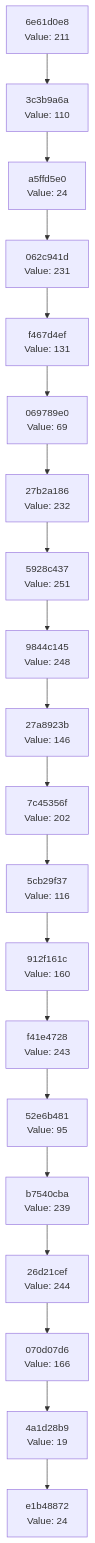
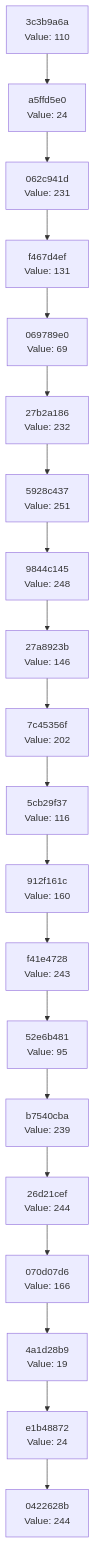
The diagram in docs/CHAIN_VISUALIZATION.md (Abhisheksinha1506/hash-chain-evolver), drawn with Mermaid before and after one commit. The commit also changed 2 other files, not shown here.

Commit message:
Evolution step: hash 0xF4 → action executed

````diff
--- a/docs/CHAIN_VISUALIZATION.md
+++ b/docs/CHAIN_VISUALIZATION.md
@@ -3,42 +3,42 @@
 ```mermaid
 graph TD
-    C0["e1b48872<br/>Value: 24"]
-    C1["4a1d28b9<br/>Value: 19"]
+    C0["0422628b<br/>Value: 244"]
+    C1["e1b48872<br/>Value: 24"]
     C1 --> C0
-    C2["070d07d6<br/>Value: 166"]
+    C2["4a1d28b9<br/>Value: 19"]
     C2 --> C1
-    C3["26d21cef<br/>Value: 244"]
+    C3["070d07d6<br/>Value: 166"]
     C3 --> C2
-    C4["b7540cba<br/>Value: 239"]
+    C4["26d21cef<br/>Value: 244"]
     C4 --> C3
-    C5["52e6b481<br/>Value: 95"]
+    C5["b7540cba<br/>Value: 239"]
     C5 --> C4
-    C6["f41e4728<br/>Value: 243"]
+    C6["52e6b481<br/>Value: 95"]
     C6 --> C5
-    C7["912f161c<br/>Value: 160"]
+    C7["f41e4728<br/>Value: 243"]
     C7 --> C6
-    C8["5cb29f37<br/>Value: 116"]
+    C8["912f161c<br/>Value: 160"]
     C8 --> C7
-    C9["7c45356f<br/>Value: 202"]
+    C9["5cb29f37<br/>Value: 116"]
     C9 --> C8
-    C10["27a8923b<br/>Value: 146"]
+    C10["7c45356f<br/>Value: 202"]
     C10 --> C9
-    C11["9844c145<br/>Value: 248"]
+    C11["27a8923b<br/>Value: 146"]
     C11 --> C10
-    C12["5928c437<br/>Value: 251"]
+    C12["9844c145<br/>Value: 248"]
     C12 --> C11
-    C13["27b2a186<br/>Value: 232"]
+    C13["5928c437<br/>Value: 251"]
     C13 --> C12
-    C14["069789e0<br/>Value: 69"]
+    C14["27b2a186<br/>Value: 232"]
     C14 --> C13
-    C15["f467d4ef<br/>Value: 131"]
+    C15["069789e0<br/>Value: 69"]
     C15 --> C14
-    C16["062c941d<br/>Value: 231"]
+    C16["f467d4ef<br/>Value: 131"]
     C16 --> C15
-    C17["a5ffd5e0<br/>Value: 24"]
+    C17["062c941d<br/>Value: 231"]
     C17 --> C16
-    C18["3c3b9a6a<br/>Value: 110"]
+    C18["a5ffd5e0<br/>Value: 24"]
     C18 --> C17
-    C19["6e61d0e8<br/>Value: 211"]
+    C19["3c3b9a6a<br/>Value: 110"]
     C19 --> C18
 ```
````
